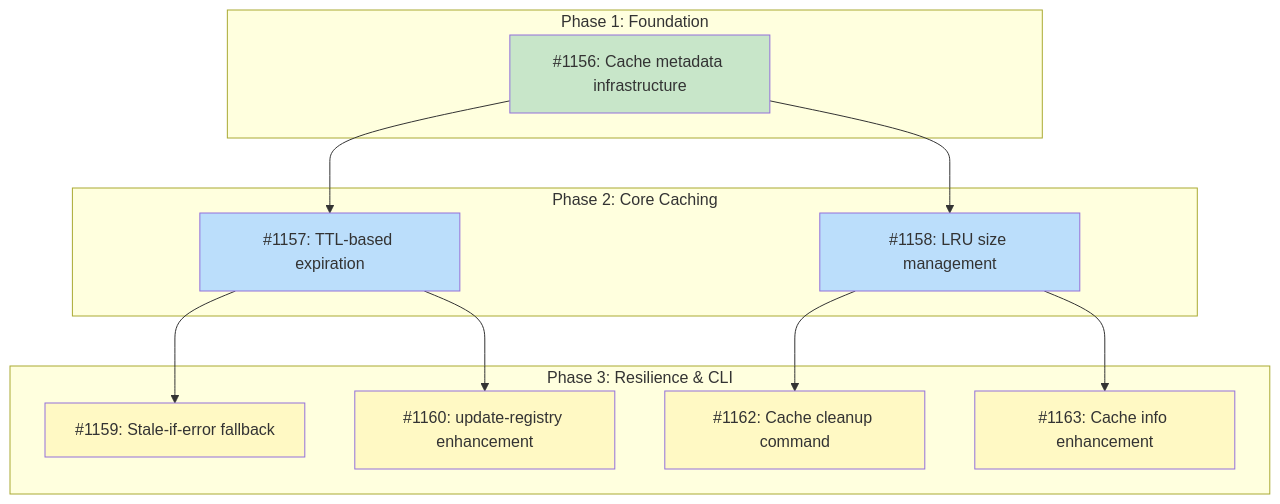
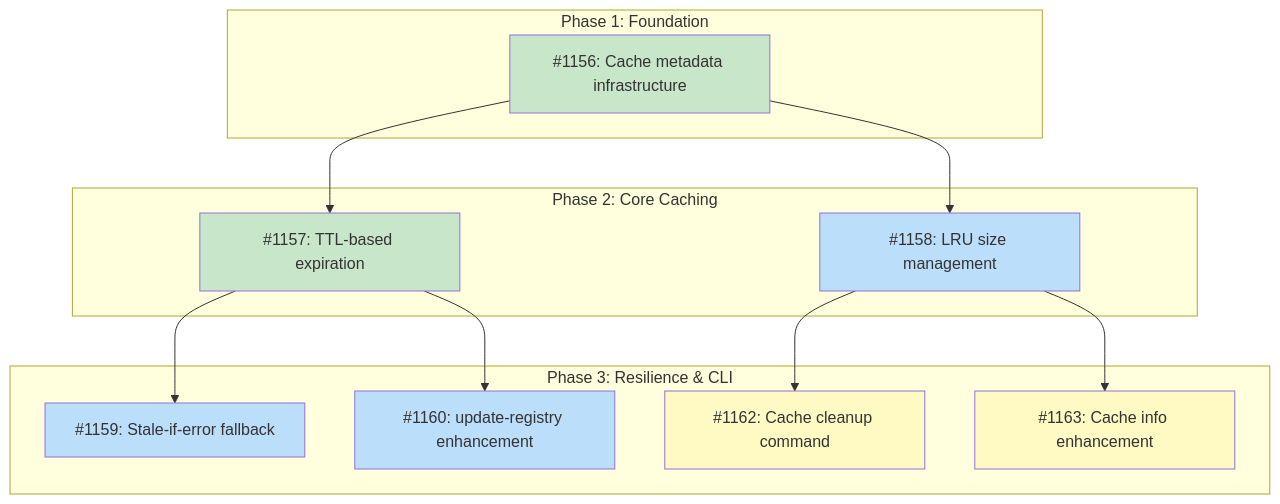
Before and after one commit to tsukumogami/tsuku: the diagram in docs/designs/DESIGN-registry-cache-policy.md, drawn with Mermaid. The commit also changed other lines of this file and 4 other files, not shown here.

````diff
--- a/docs/designs/DESIGN-registry-cache-policy.md
+++ b/docs/designs/DESIGN-registry-cache-policy.md
@@ -30,34 +30,35 @@
 ```mermaid
 graph TD
     subgraph Phase1["Phase 1: Foundation"]
         I1156["#1156: Cache metadata infrastructure"]
     end
 
     subgraph Phase2["Phase 2: Core Caching"]
         I1157["#1157: TTL-based expiration"]
         I1158["#1158: LRU size management"]
     end
 
     subgraph Phase3["Phase 3: Resilience & CLI"]
         I1159["#1159: Stale-if-error fallback"]
         I1160["#1160: update-registry enhancement"]
         I1162["#1162: Cache cleanup command"]
         I1163["#1163: Cache info enhancement"]
     end
 
     I1156 --> I1157
     I1156 --> I1158
     I1157 --> I1159
     I1157 --> I1160
     I1158 --> I1162
     I1158 --> I1163
 
     classDef done fill:#c8e6c9
     classDef ready fill:#bbdefb
     classDef blocked fill:#fff9c4
     classDef needsDesign fill:#e1bee7
 
-    class I1156 done
-    class I1157,I1158 ready
-    class I1159,I1160,I1162,I1163 blocked
+    class I1156,I1157 done
+    class I1158 ready
+    class I1159,I1160 ready
+    class I1162,I1163 blocked
 ```
````
